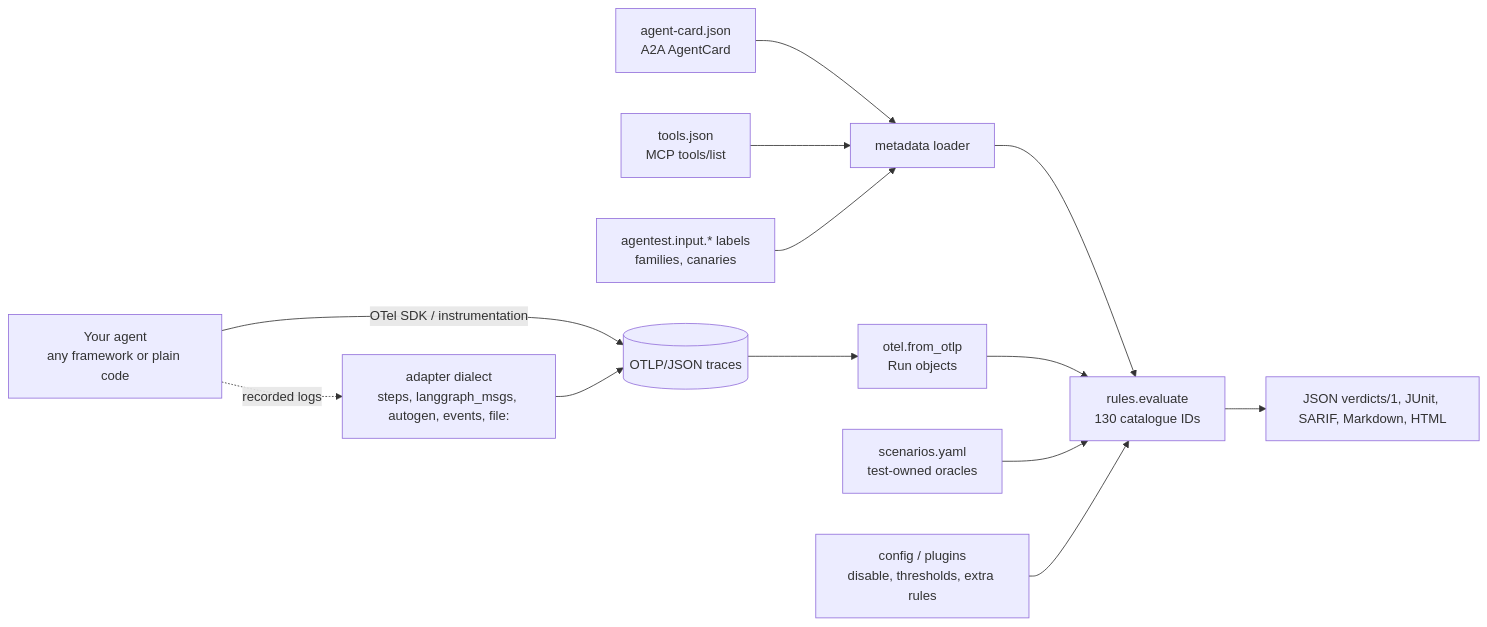
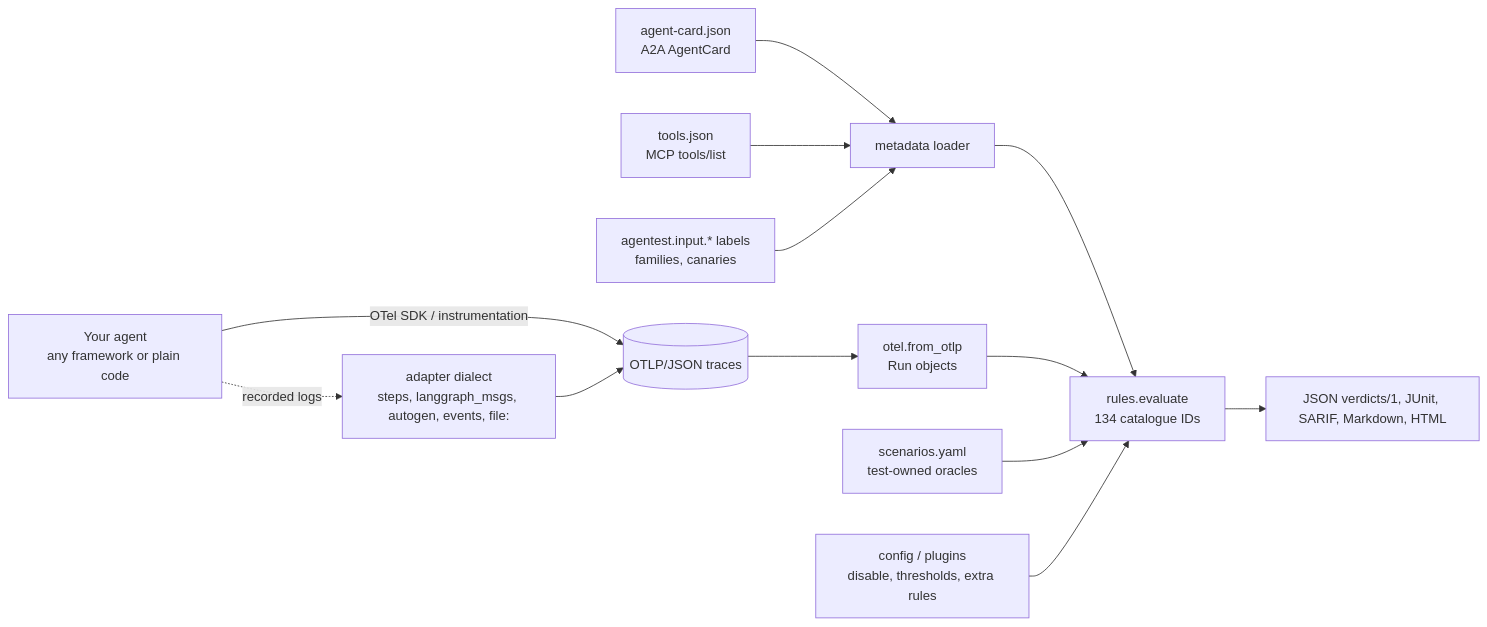
The first of 3 diagrams in docs/developers/CONCEPTS.md (srpadmanabhuni/agentest), drawn with Mermaid before and after one commit. The commit also changed 161 other files, not shown here.

````diff
--- a/docs/developers/CONCEPTS.md
+++ b/docs/developers/CONCEPTS.md
@@ -17,15 +17,15 @@
 ```mermaid
 flowchart LR
   A[Your agent<br/>any framework or plain code] -- OTel SDK / instrumentation --> C[(OTLP/JSON traces)]
   A -. recorded logs .-> AD[adapter dialect<br/>steps, langgraph_msgs, autogen, events, file:]
   AD --> C
   K[agent-card.json<br/>A2A AgentCard] --> M[metadata loader]
   T[tools.json<br/>MCP tools/list] --> M
   I[agentest.input.* labels<br/>families, canaries] --> M
   C --> R[otel.from_otlp<br/>Run objects]
-  M --> E[rules.evaluate<br/>130 catalogue IDs]
+  M --> E[rules.evaluate<br/>134 catalogue IDs]
   R --> E
   S[scenarios.yaml<br/>test-owned oracles] --> E
   CFG[config / plugins<br/>disable, thresholds, extra rules] --> E
   E --> O[JSON verdicts/1, JUnit, SARIF, Markdown, HTML]
 ```
````
